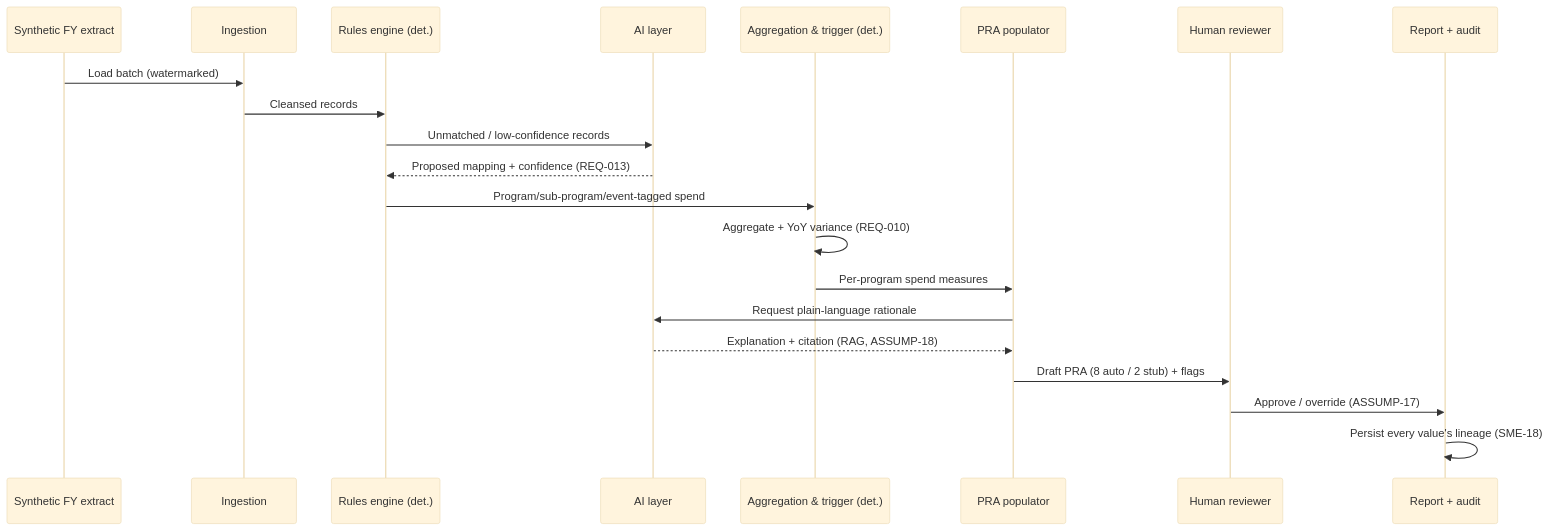
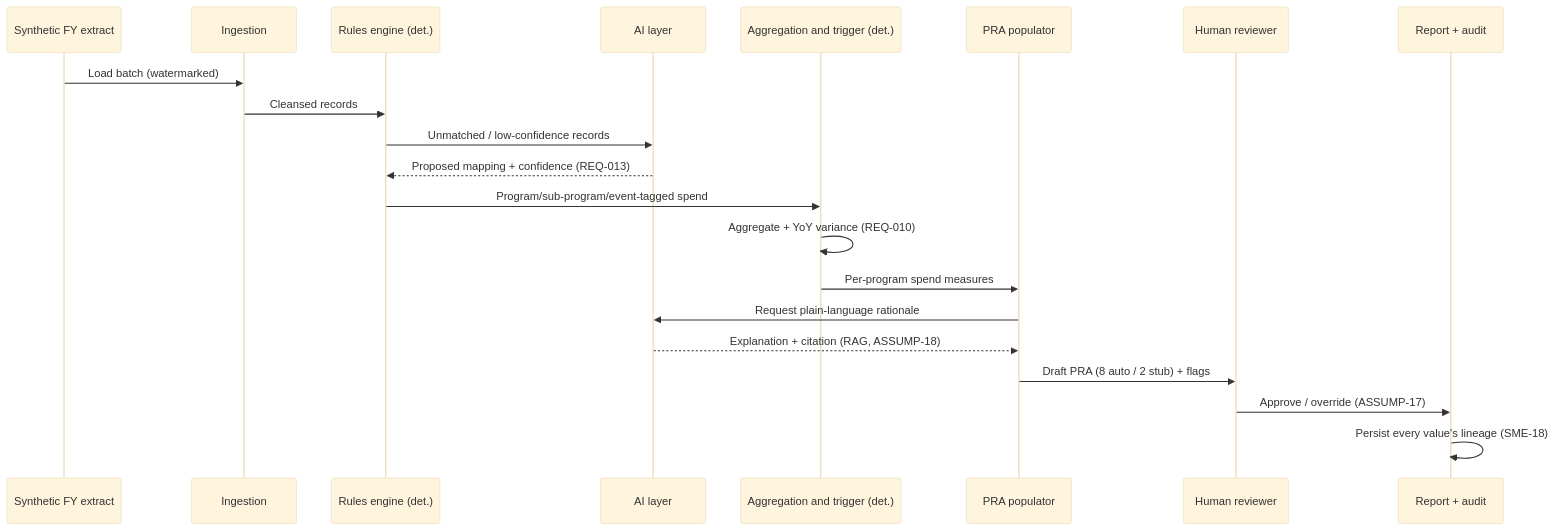
One commit to seanyofthedead/fema-id changed the fourth of 5 diagrams in solution-design/fema-program-id-risk-assessment/06-solution-architecture.md. Above: the diagram before and after it, drawn with Mermaid (base theme). The commit also changed other lines of this file and 6 other files, not shown here.

````diff
--- a/solution-design/fema-program-id-risk-assessment/06-solution-architecture.md
+++ b/solution-design/fema-program-id-risk-assessment/06-solution-architecture.md
@@ -121,24 +121,24 @@
 ```mermaid
 sequenceDiagram
     participant Ext as Synthetic FY extract
     participant Ing as Ingestion
     participant Rul as Rules engine (det.)
     participant AI as AI layer
-    participant Agg as Aggregation & trigger (det.)
+    participant Agg as Aggregation and trigger (det.)
     participant PRA as PRA populator
     participant Hum as Human reviewer
     participant Out as Report + audit
 
     Ext->>Ing: Load batch (watermarked)
     Ing->>Rul: Cleansed records
     Rul->>AI: Unmatched / low-confidence records
     AI-->>Rul: Proposed mapping + confidence (REQ-013)
     Rul->>Agg: Program/sub-program/event-tagged spend
     Agg->>Agg: Aggregate + YoY variance (REQ-010)
     Agg->>PRA: Per-program spend measures
     PRA->>AI: Request plain-language rationale
     AI-->>PRA: Explanation + citation (RAG, ASSUMP-18)
     PRA->>Hum: Draft PRA (8 auto / 2 stub) + flags
     Hum->>Out: Approve / override (ASSUMP-17)
     Out->>Out: Persist every value's lineage (SME-18)
 ```
````
